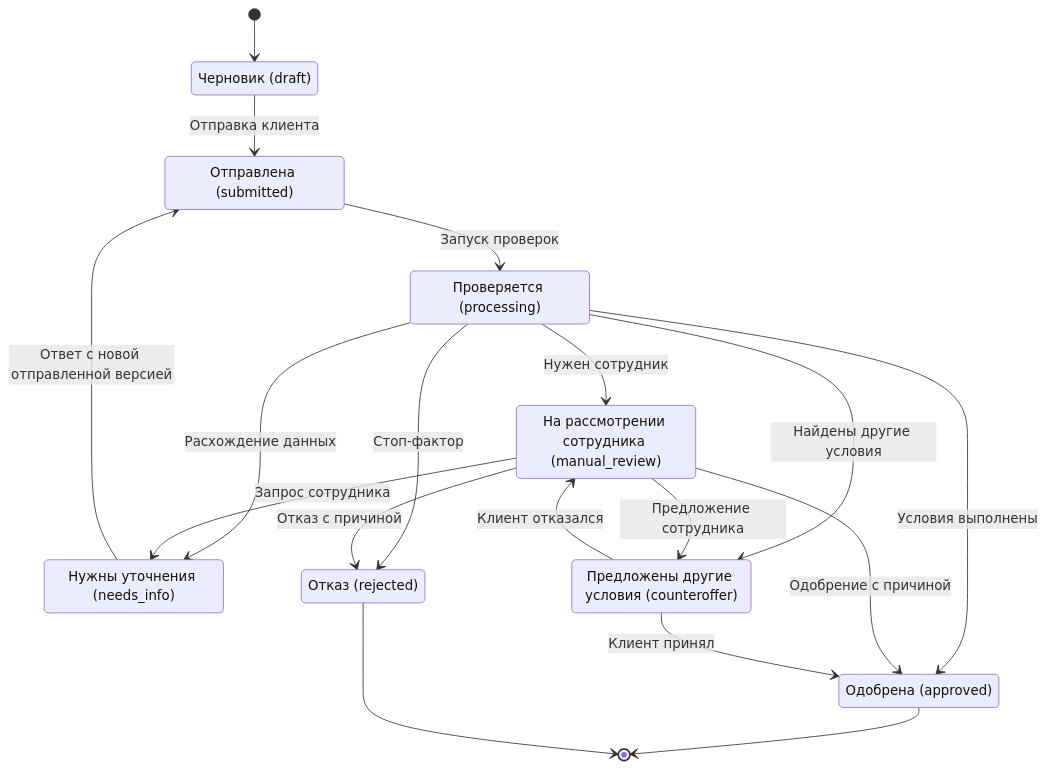
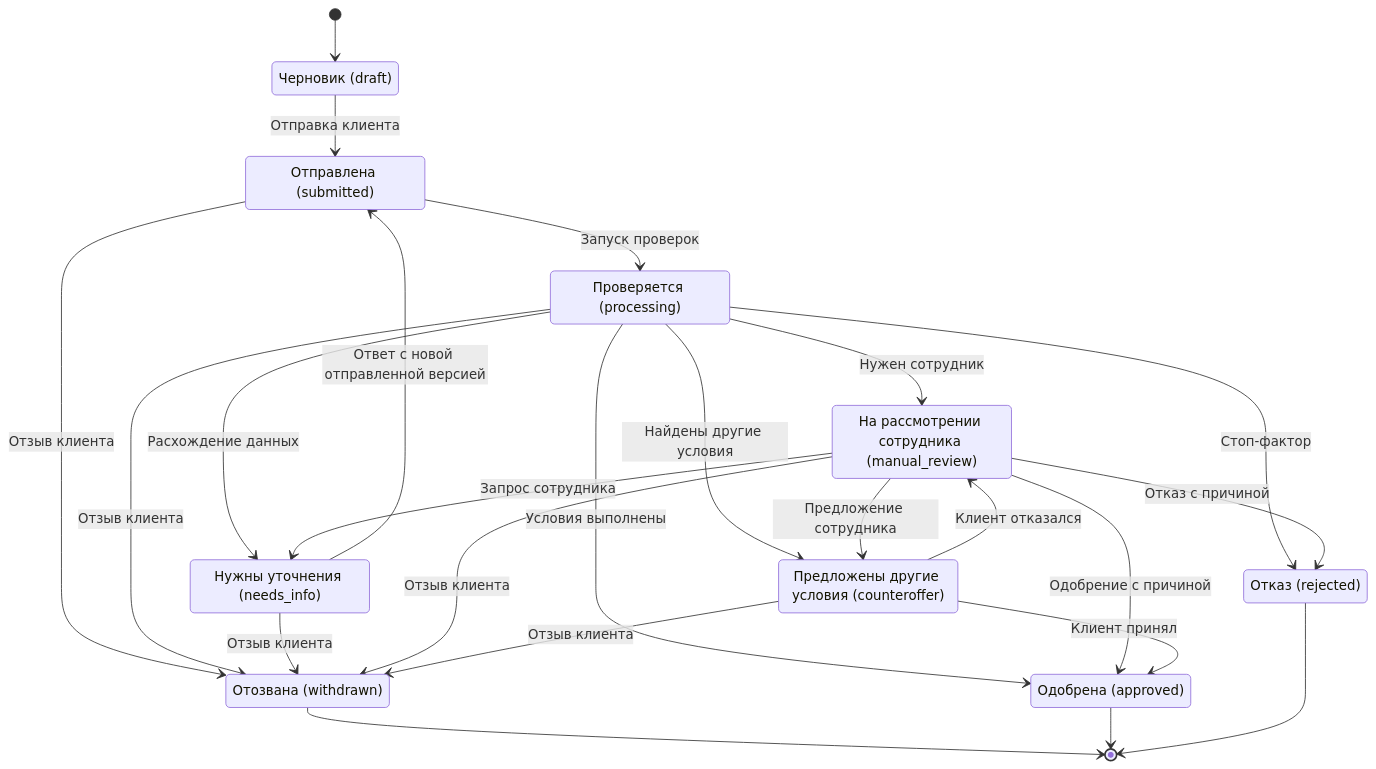
One commit to L3iHS/alfa-hack-smart-credit-cabinet changed the third of 3 diagrams in docs/architecture.md. Above: the diagram before and after it, drawn with Mermaid. The commit also changed other lines of this file and 19 other files, not shown here.

````diff
--- a/docs/architecture.md
+++ b/docs/architecture.md
@@ -63,29 +63,36 @@
 ```mermaid
 stateDiagram-v2
     state "Черновик (draft)" as draft
     state "Отправлена (submitted)" as submitted
     state "Проверяется (processing)" as processing
     state "Нужны уточнения (needs_info)" as needs_info
     state "На рассмотрении сотрудника (manual_review)" as manual_review
     state "Предложены другие условия (counteroffer)" as counteroffer
     state "Одобрена (approved)" as approved
     state "Отказ (rejected)" as rejected
+    state "Отозвана (withdrawn)" as withdrawn
 
     [*] --> draft
     draft --> submitted: Отправка клиента
     submitted --> processing: Запуск проверок
     processing --> needs_info: Расхождение данных
     processing --> manual_review: Нужен сотрудник
     processing --> counteroffer: Найдены другие условия
     processing --> approved: Условия выполнены
     processing --> rejected: Стоп-фактор
     needs_info --> submitted: Ответ с новой отправленной версией
     manual_review --> needs_info: Запрос сотрудника
     manual_review --> counteroffer: Предложение сотрудника
     manual_review --> approved: Одобрение с причиной
     manual_review --> rejected: Отказ с причиной
     counteroffer --> approved: Клиент принял
     counteroffer --> manual_review: Клиент отказался
+    submitted --> withdrawn: Отзыв клиента
+    processing --> withdrawn: Отзыв клиента
+    needs_info --> withdrawn: Отзыв клиента
+    manual_review --> withdrawn: Отзыв клиента
+    counteroffer --> withdrawn: Отзыв клиента
+    withdrawn --> [*]
     approved --> [*]
     rejected --> [*]
 ```
````
